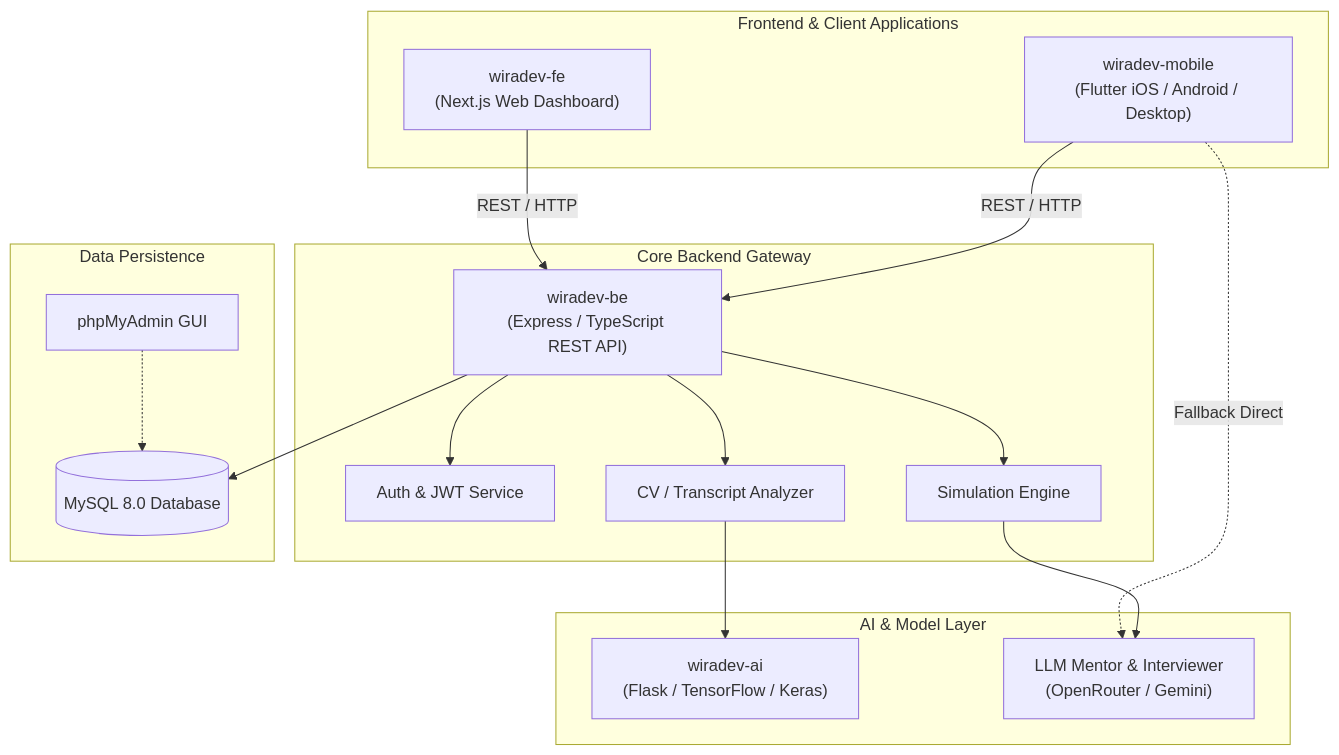
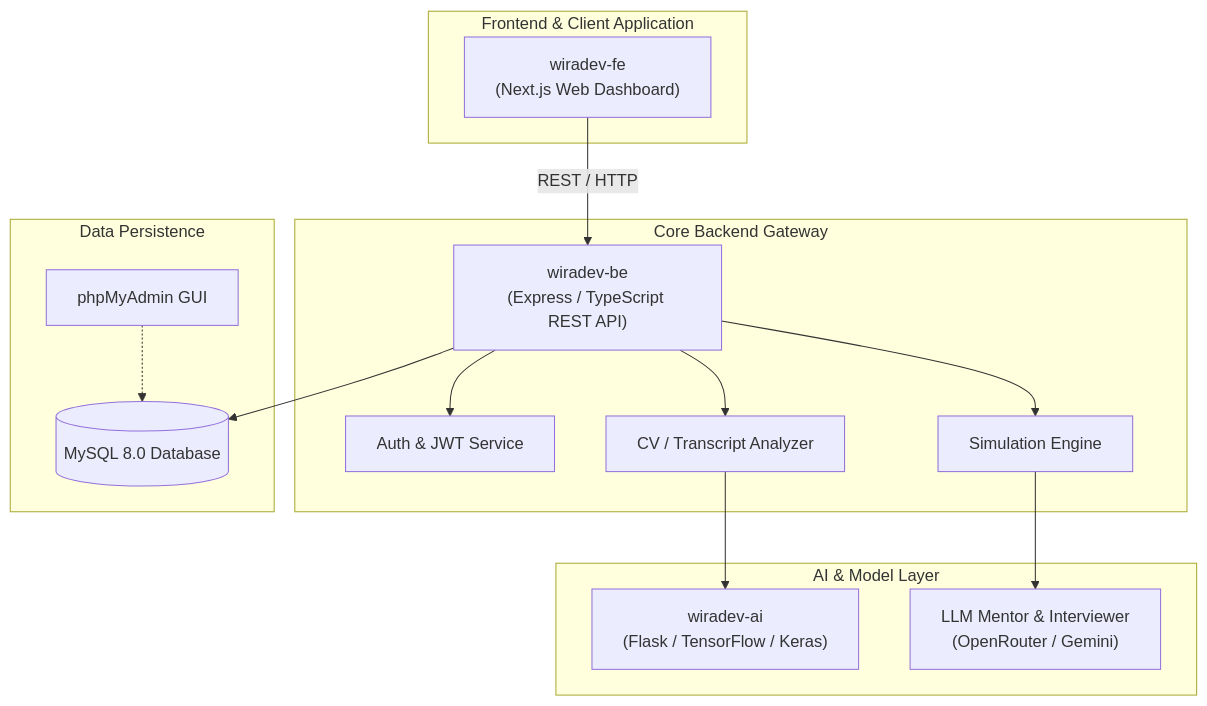
Before and after one commit to cipta77/WiraDev: the diagram in README.md, drawn with Mermaid. The commit also changed other lines of this file and 2 other files, not shown here.

Commit message:
chore: remove wiradev-mobile submodule for Web Development competition focus

````diff
--- a/README.md
+++ b/README.md
@@ -29,37 +28,34 @@
 ```mermaid
 graph TD
-    subgraph Clients["Frontend & Client Applications"]
+    subgraph Clients["Frontend & Client Application"]
         WEB["wiradev-fe<br/>(Next.js Web Dashboard)"]
-        MOBILE["wiradev-mobile<br/>(Flutter iOS / Android / Desktop)"]
     end
 
     subgraph BackendGateway["Core Backend Gateway"]
         API["wiradev-be<br/>(Express / TypeScript REST API)"]
         AUTH["Auth & JWT Service"]
         SIM["Simulation Engine"]
         CV_SERVICE["CV / Transcript Analyzer"]
     end
 
     subgraph Intelligence["AI & Model Layer"]
         AI["wiradev-ai<br/>(Flask / TensorFlow / Keras)"]
         LLM["LLM Mentor & Interviewer<br/>(OpenRouter / Gemini)"]
     end
 
     subgraph Storage["Data Persistence"]
         DB[(MySQL 8.0 Database)]
         PMA["phpMyAdmin GUI"]
     end
 
     WEB -->|REST / HTTP| API
-    MOBILE -->|REST / HTTP| API
-    MOBILE -.->|Fallback Direct| LLM
 
     API --> AUTH
     API --> SIM
     API --> CV_SERVICE
 
     SIM --> LLM
     CV_SERVICE --> AI
     API --> DB
     PMA -.-> DB
 ```
````
